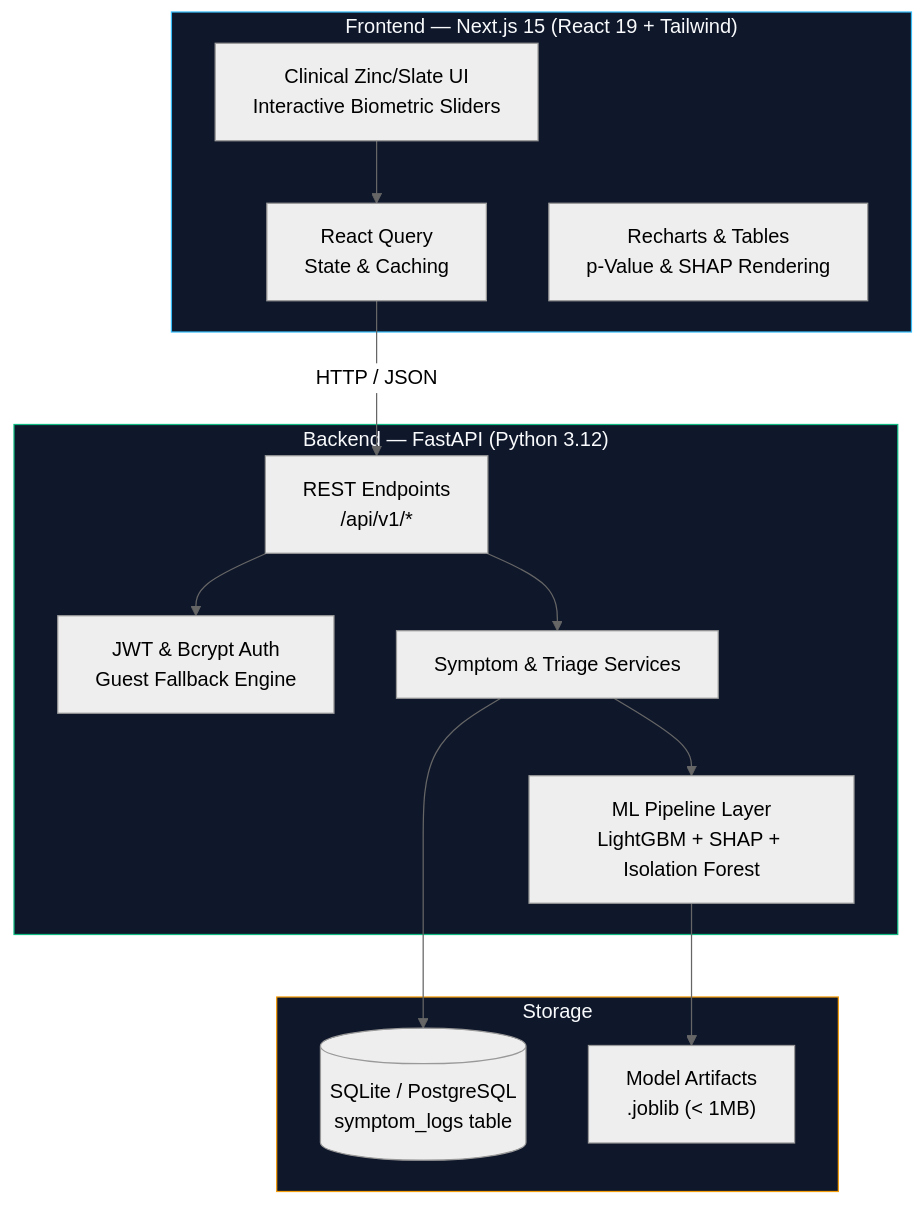
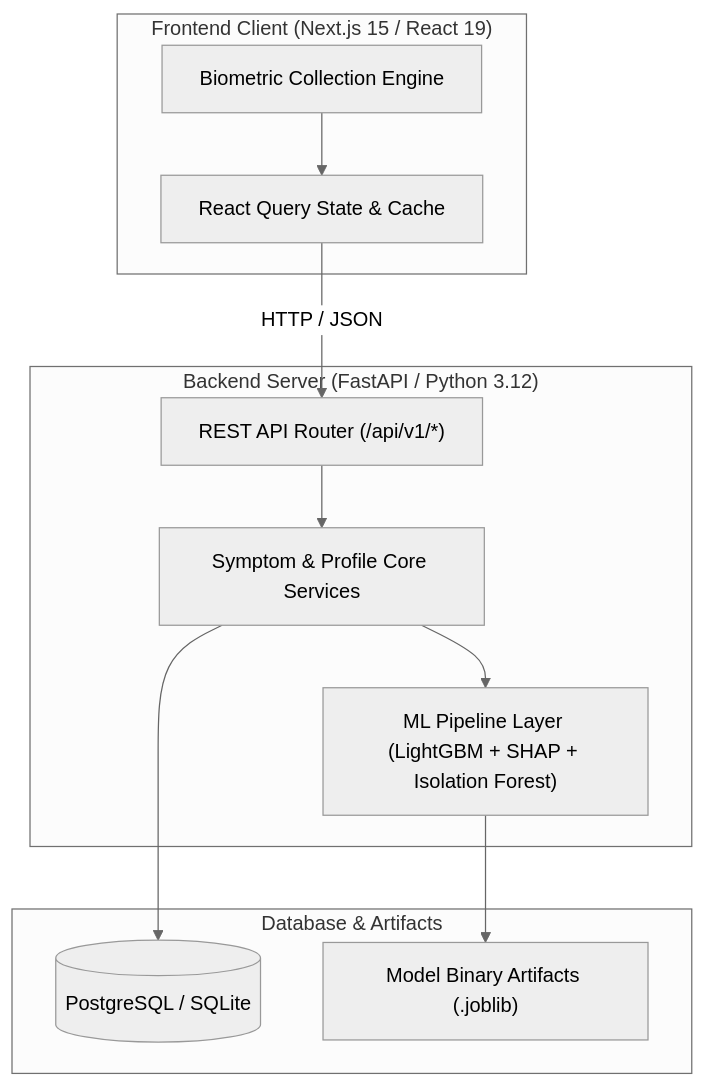
Before and after one commit to rj9884/healthGuard: the first of 2 diagrams in README.md, drawn with Mermaid (neutral theme). The commit also changed other lines of this file, not shown here.

````diff
--- a/README.md
+++ b/README.md
@@ -68,32 +18,25 @@
 ```mermaid
 graph TB
-    subgraph Client["Frontend — Next.js 15 (React 19 + Tailwind)"]
-        UI["Clinical Zinc/Slate UI<br/>Interactive Biometric Sliders"]
-        RQ["React Query<br/>State & Caching"]
-        RC["Recharts & Tables<br/>p-Value & SHAP Rendering"]
+    subgraph Client["Frontend Client (Next.js 15 / React 19)"]
+        UI["Biometric Collection Engine"]
+        RQ["React Query State & Cache"]
     end
 
-    subgraph Server["Backend — FastAPI (Python 3.12)"]
-        API["REST Endpoints<br/>/api/v1/*"]
-        AUTH["JWT & Bcrypt Auth<br/>Guest Fallback Engine"]
-        SVC["Symptom & Triage Services"]
-        ML["ML Pipeline Layer<br/>LightGBM + SHAP + Isolation Forest"]
+    subgraph Server["Backend Server (FastAPI / Python 3.12)"]
+        API["REST API Router (/api/v1/*)"]
+        SVC["Symptom & Profile Core Services"]
+        ML["ML Pipeline Layer (LightGBM + SHAP + Isolation Forest)"]
     end
 
-    subgraph Storage["Storage"]
-        DB[(SQLite / PostgreSQL<br/>symptom_logs table)]
-        ART["Model Artifacts<br/>.joblib (< 1MB)"]
+    subgraph Storage["Database & Artifacts"]
+        DB[(PostgreSQL / SQLite)]
+        ART["Model Binary Artifacts (.joblib)"]
     end
 
     UI --> RQ
     RQ -->|HTTP / JSON| API
-    API --> AUTH
     API --> SVC
     SVC --> ML
     ML --> ART
     SVC --> DB
-
-    style Client fill:#0f172a,stroke:#38bdf8,color:#f8fafc
-    style Server fill:#0f172a,stroke:#10b981,color:#f8fafc
-    style Storage fill:#0f172a,stroke:#f59e0b,color:#f8fafc
 ```
````
